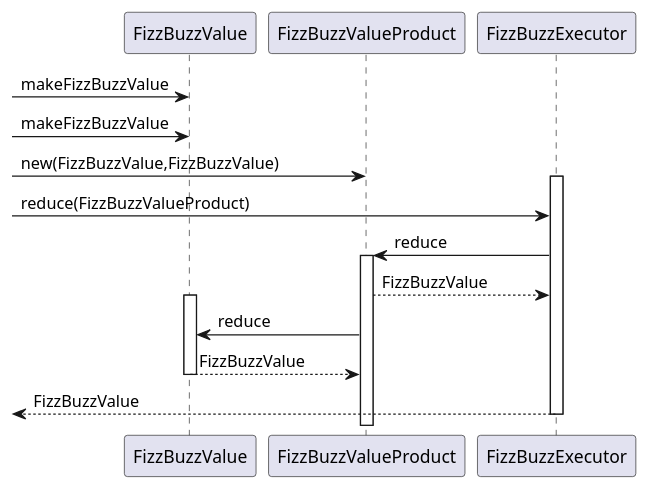
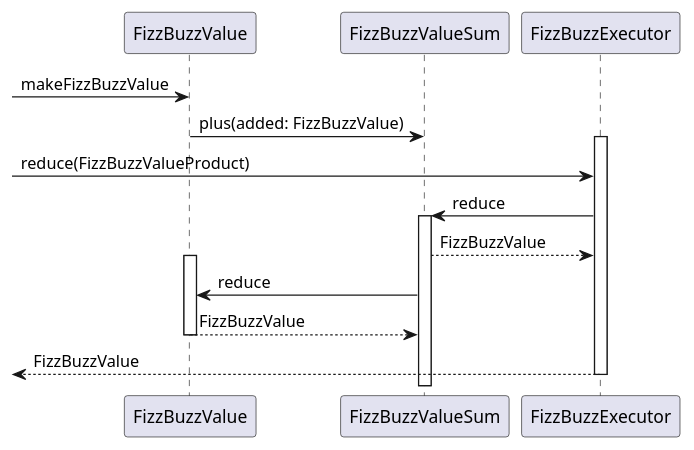
One commit to k2works/etude_for_java changed the seventh of 7 diagrams in docs/src/fizzbuzz.md. Above: the diagram before and after it, drawn with PlantUML. The commit also changed other lines of this file and 10 other files, not shown here.

````diff
--- a/docs/src/fizzbuzz.md
+++ b/docs/src/fizzbuzz.md
@@ -183,19 +164,18 @@
 ```puml
 @startuml
    -> FizzBuzzValue :makeFizzBuzzValue
-   -> FizzBuzzValue :makeFizzBuzzValue
-   -> FizzBuzzValueProduct :new(FizzBuzzValue,FizzBuzzValue)
+   FizzBuzzValue -> FizzBuzzValueSum :plus(added: FizzBuzzValue)
    activate FizzBuzzExecutor
    -> FizzBuzzExecutor :reduce(FizzBuzzValueProduct)
-      FizzBuzzExecutor -> FizzBuzzValueProduct :reduce
-      activate FizzBuzzValueProduct
-        FizzBuzzExecutor <-- FizzBuzzValueProduct :FizzBuzzValue
+      FizzBuzzExecutor -> FizzBuzzValueSum :reduce
+      activate FizzBuzzValueSum
+        FizzBuzzExecutor <-- FizzBuzzValueSum :FizzBuzzValue
           activate FizzBuzzValue
-            FizzBuzzValueProduct -> FizzBuzzValue :reduce
-            FizzBuzzValue --> FizzBuzzValueProduct :FizzBuzzValue
+            FizzBuzzValueSum -> FizzBuzzValue :reduce
+            FizzBuzzValue --> FizzBuzzValueSum :FizzBuzzValue
           deactivate FizzBuzzValue
       deactivate FizzBuzzValue   
    <-- FizzBuzzExecutor :FizzBuzzValue
    deactivate FizzBuzzExecutor
 @enduml
 ```
````
